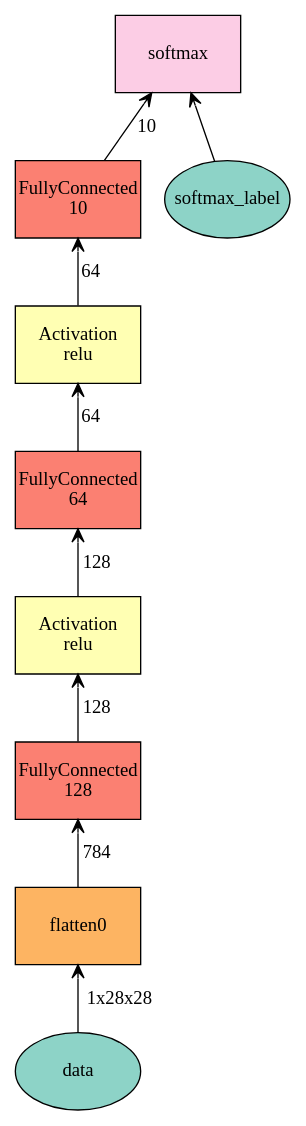
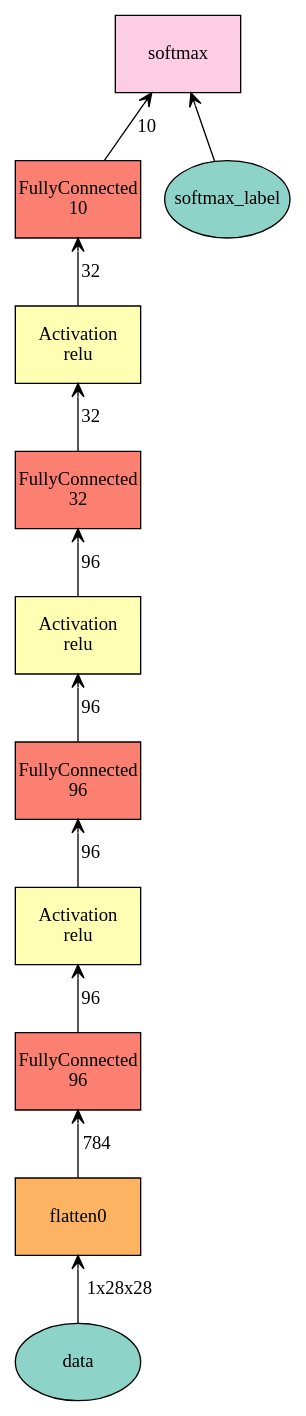
One commit to truebruce/MXnet_trial_mnist changed the diagram in MNIST_trial/plot.gv. Above: the diagram before and after it, drawn with Graphviz. The commit also changed 2 other files, not shown here.

```diff
--- a/MNIST_trial/plot.gv
+++ b/MNIST_trial/plot.gv
@@ -1,19 +1,23 @@
 digraph plot {
 	data [label=data fillcolor="#8dd3c7" fixedsize=true height=0.8034 shape=oval style=filled width=1.3]
 	flatten0 [label=flatten0 fillcolor="#fdb462" fixedsize=true height=0.8034 shape=box style=filled width=1.3]
-	fc1 [label="FullyConnected\n128" fillcolor="#fb8072" fixedsize=true height=0.8034 shape=box style=filled width=1.3]
-	act1 [label="Activation\nrelu" fillcolor="#ffffb3" fixedsize=true height=0.8034 shape=box style=filled width=1.3]
-	fc2 [label="FullyConnected\n64" fillcolor="#fb8072" fixedsize=true height=0.8034 shape=box style=filled width=1.3]
-	act2 [label="Activation\nrelu" fillcolor="#ffffb3" fixedsize=true height=0.8034 shape=box style=filled width=1.3]
-	fc3 [label="FullyConnected\n10" fillcolor="#fb8072" fixedsize=true height=0.8034 shape=box style=filled width=1.3]
+	FC_1 [label="FullyConnected\n96" fillcolor="#fb8072" fixedsize=true height=0.8034 shape=box style=filled width=1.3]
+	FC_1_act [label="Activation\nrelu" fillcolor="#ffffb3" fixedsize=true height=0.8034 shape=box style=filled width=1.3]
+	FC_2 [label="FullyConnected\n96" fillcolor="#fb8072" fixedsize=true height=0.8034 shape=box style=filled width=1.3]
+	FC_2_act [label="Activation\nrelu" fillcolor="#ffffb3" fixedsize=true height=0.8034 shape=box style=filled width=1.3]
+	FC_3 [label="FullyConnected\n32" fillcolor="#fb8072" fixedsize=true height=0.8034 shape=box style=filled width=1.3]
+	FC_3_act [label="Activation\nrelu" fillcolor="#ffffb3" fixedsize=true height=0.8034 shape=box style=filled width=1.3]
+	fc_out [label="FullyConnected\n10" fillcolor="#fb8072" fixedsize=true height=0.8034 shape=box style=filled width=1.3]
 	softmax_label [label=softmax_label fillcolor="#8dd3c7" fixedsize=true height=0.8034 shape=oval style=filled width=1.3]
 	softmax [label=softmax fillcolor="#fccde5" fixedsize=true height=0.8034 shape=box style=filled width=1.3]
 	flatten0 -> data [label="1x28x28" arrowtail=open dir=back]
-	fc1 -> flatten0 [label=784 arrowtail=open dir=back]
-	act1 -> fc1 [label=128 arrowtail=open dir=back]
-	fc2 -> act1 [label=128 arrowtail=open dir=back]
-	act2 -> fc2 [label=64 arrowtail=open dir=back]
-	fc3 -> act2 [label=64 arrowtail=open dir=back]
-	softmax -> fc3 [label=10 arrowtail=open dir=back]
+	FC_1 -> flatten0 [label=784 arrowtail=open dir=back]
+	FC_1_act -> FC_1 [label=96 arrowtail=open dir=back]
+	FC_2 -> FC_1_act [label=96 arrowtail=open dir=back]
+	FC_2_act -> FC_2 [label=96 arrowtail=open dir=back]
+	FC_3 -> FC_2_act [label=96 arrowtail=open dir=back]
+	FC_3_act -> FC_3 [label=32 arrowtail=open dir=back]
+	fc_out -> FC_3_act [label=32 arrowtail=open dir=back]
+	softmax -> fc_out [label=10 arrowtail=open dir=back]
 	softmax -> softmax_label [label="" arrowtail=open dir=back]
 }
```
